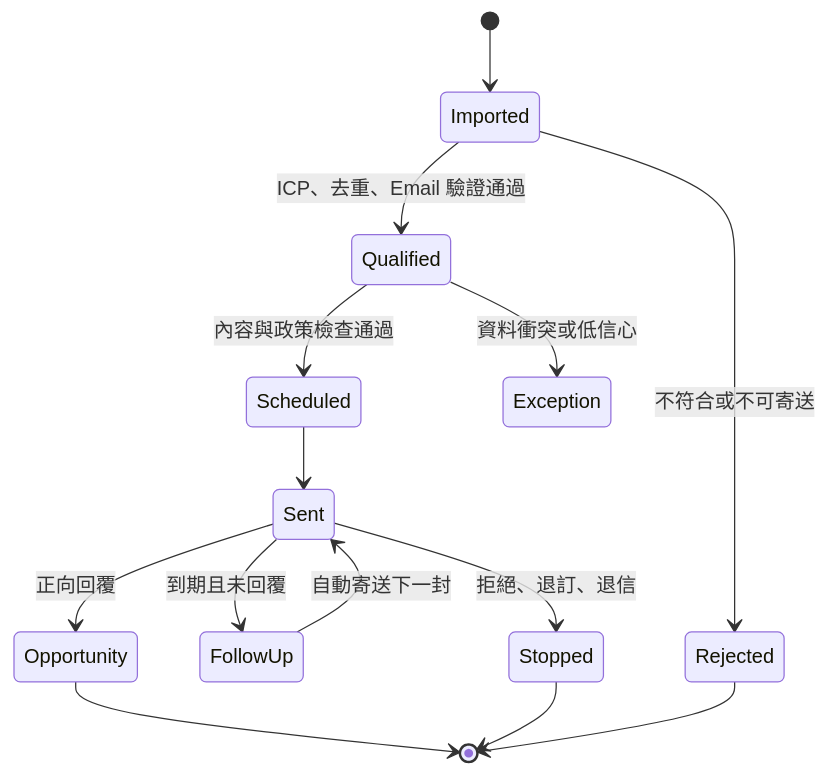
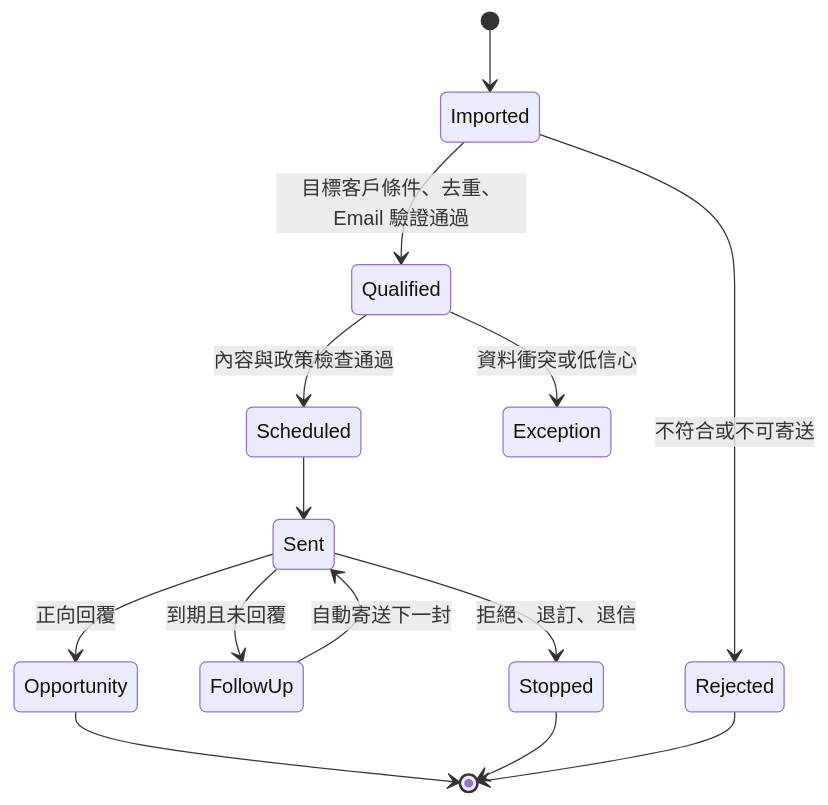
One commit to LCKuo/---Agent changed the first of 3 diagrams in 承炘國際_AI系統分析與實踐書.md. Above: the diagram before and after it, drawn with Mermaid. The commit also changed other lines of this file and 1 other file, not shown here.

````diff
--- a/承炘國際_AI系統分析與實踐書.md
+++ b/承炘國際_AI系統分析與實踐書.md
@@ -102,16 +119,16 @@
 ```mermaid
 stateDiagram-v2
   [*] --> Imported
-  Imported --> Qualified: ICP、去重、Email 驗證通過
+  Imported --> Qualified: 目標客戶條件、去重、Email 驗證通過
   Imported --> Rejected: 不符合或不可寄送
   Qualified --> Scheduled: 內容與政策檢查通過
   Qualified --> Exception: 資料衝突或低信心
   Scheduled --> Sent
   Sent --> FollowUp: 到期且未回覆
   FollowUp --> Sent: 自動寄送下一封
   Sent --> Stopped: 拒絕、退訂、退信
   Sent --> Opportunity: 正向回覆
   Opportunity --> [*]
   Stopped --> [*]
   Rejected --> [*]
 ```
````
